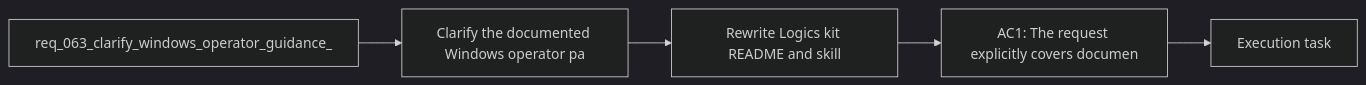
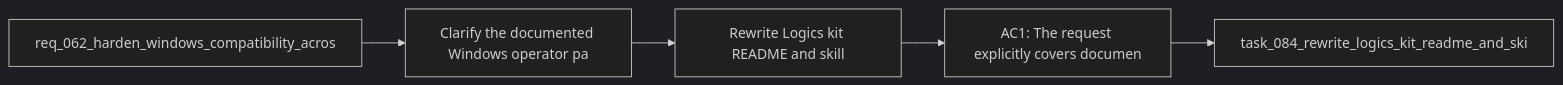
Before and after one commit to AlexAgo83/logics-manager: the diagram in logics/backlog/item_079_rewrite_logics_kit_readme_and_skill_examples_for_windows_safe_operator_paths.md, drawn with Mermaid (dark theme). The commit also changed 481 other files, not shown here.

````diff
--- a/logics/backlog/item_079_rewrite_logics_kit_readme_and_skill_examples_for_windows_safe_operator_paths.md
+++ b/logics/backlog/item_079_rewrite_logics_kit_readme_and_skill_examples_for_windows_safe_operator_paths.md
@@ -23,9 +23,9 @@
 ```mermaid
 %% logics-kind: backlog
 %% logics-signature: backlog|rewrite-logics-kit-readme-and-skill-exam|req-062-harden-windows-compatibility-acr|clarify-the-documented-windows-operator-|ac1-the-request-explicitly-covers-docume
 flowchart LR
-    Request[req_063_clarify_windows_operator_guidance_] --> Problem[Clarify the documented Windows operator pa]
+    Request[req_062_harden_windows_compatibility_acros] --> Problem[Clarify the documented Windows operator pa]
     Problem --> Scope[Rewrite Logics kit README and skill]
     Scope --> Acceptance[AC1: The request explicitly covers documen]
-    Acceptance --> Tasks[Execution task]
+    Acceptance --> Tasks[task_084_rewrite_logics_kit_readme_and_ski]
 ```
````
